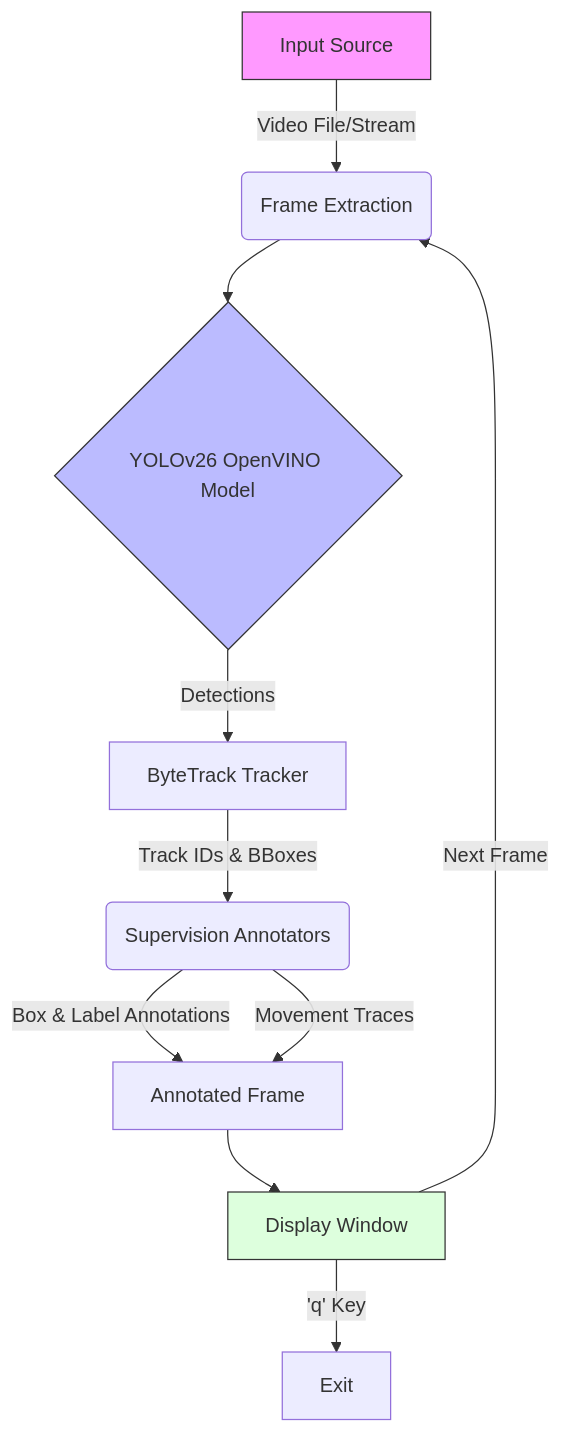
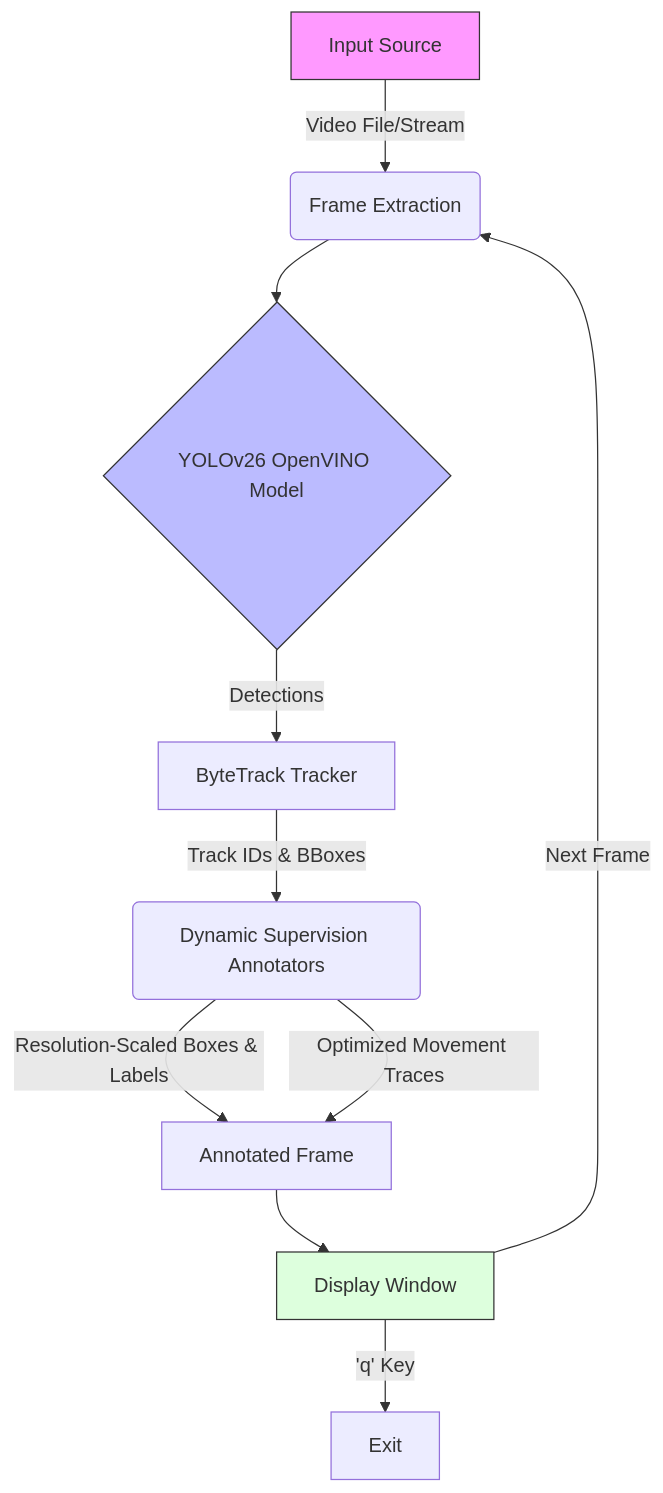
Before and after one commit to RajuKonakalla/Fall_Detection_CV: the diagram in README.md, drawn with Mermaid. The commit also changed other lines of this file, not shown here.

````diff
--- a/README.md
+++ b/README.md
@@ -27,16 +28,16 @@
 ```mermaid
 graph TD
     A[Input Source] -->|Video File/Stream| B(Frame Extraction)
     B --> C{YOLOv26 OpenVINO Model}
     C -->|Detections| D[ByteTrack Tracker]
-    D -->|Track IDs & BBoxes| E(Supervision Annotators)
-    E -->|Box & Label Annotations| F[Annotated Frame]
-    E -->|Movement Traces| F
+    D -->|Track IDs & BBoxes| E(Dynamic Supervision Annotators)
+    E -->|Resolution-Scaled Boxes & Labels| F[Annotated Frame]
+    E -->|Optimized Movement Traces| F
     F --> G[Display Window]
     G -->|'q' Key| H[Exit]
     G -->|Next Frame| B
     
     style A fill:#f9f,stroke:#333,stroke-width:1px
     style C fill:#bbf,stroke:#333,stroke-width:1px
     style G fill:#dfd,stroke:#333,stroke-width:1px
 ```
````
